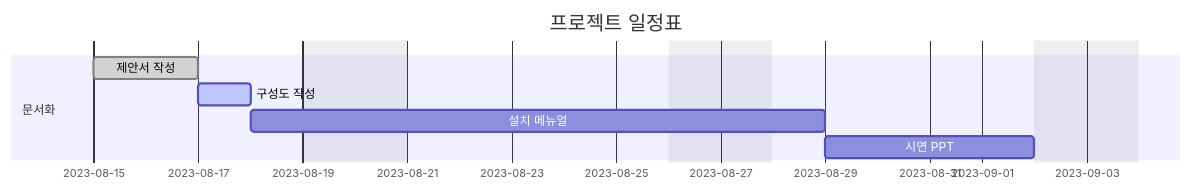
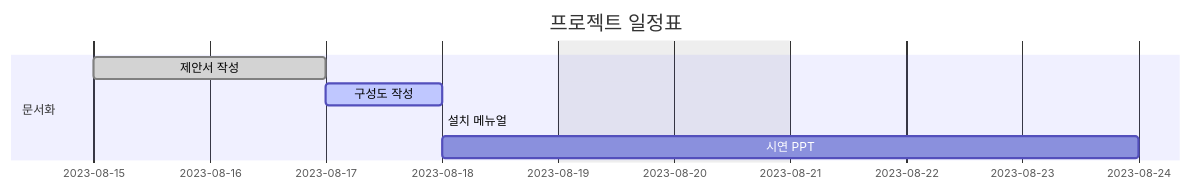
Before and after one commit to LOFL404/project1: the diagram in README.md, drawn with Mermaid.

````diff
--- a/README.md
+++ b/README.md
@@ -1,16 +1,16 @@
 ```mermaid
 gantt
     dateFormat  YYYY-MM-DD
     axisFormat  %Y-%m-%d
     title       프로젝트 일정표
     excludes    weekends saturday,sunday
     
     section 문서화
     제안서 작성     :done,    a, 2023-08-15, 2d
     구성도 작성     :active,    b, 2023-08-17, 1d
-    설치 메뉴얼     :c, after b, 7d
+    설치 메뉴얼     :c, after b, 7days
     시연 PPT        :after c, 4d
 
     section 구현
     
 ```
````
